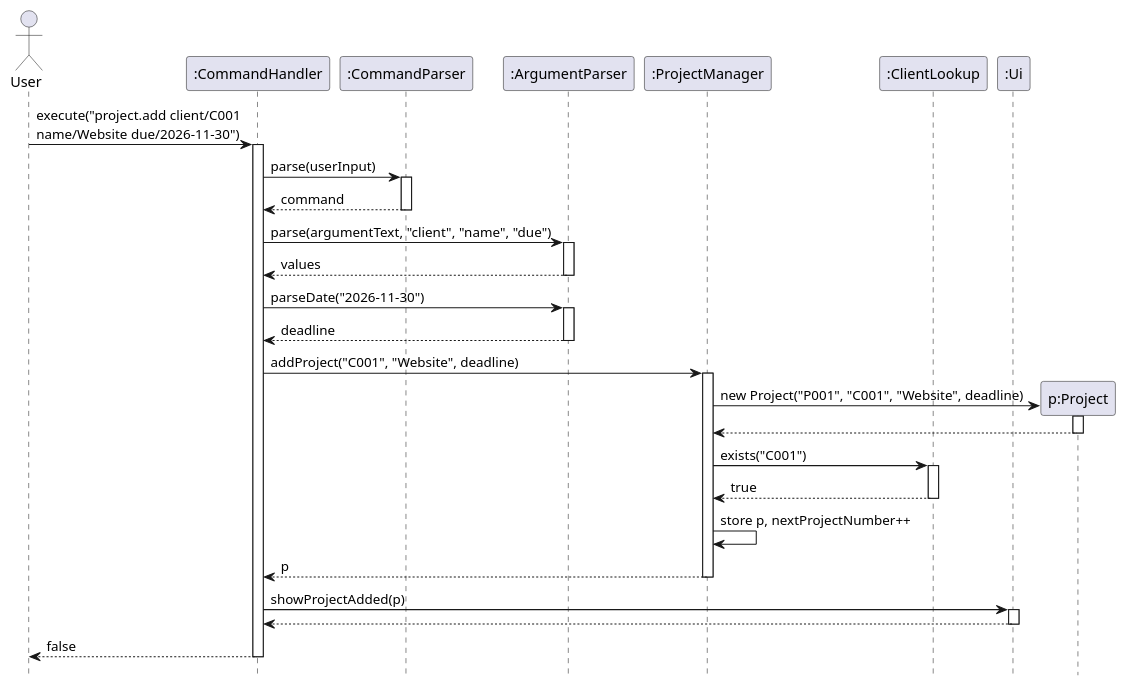
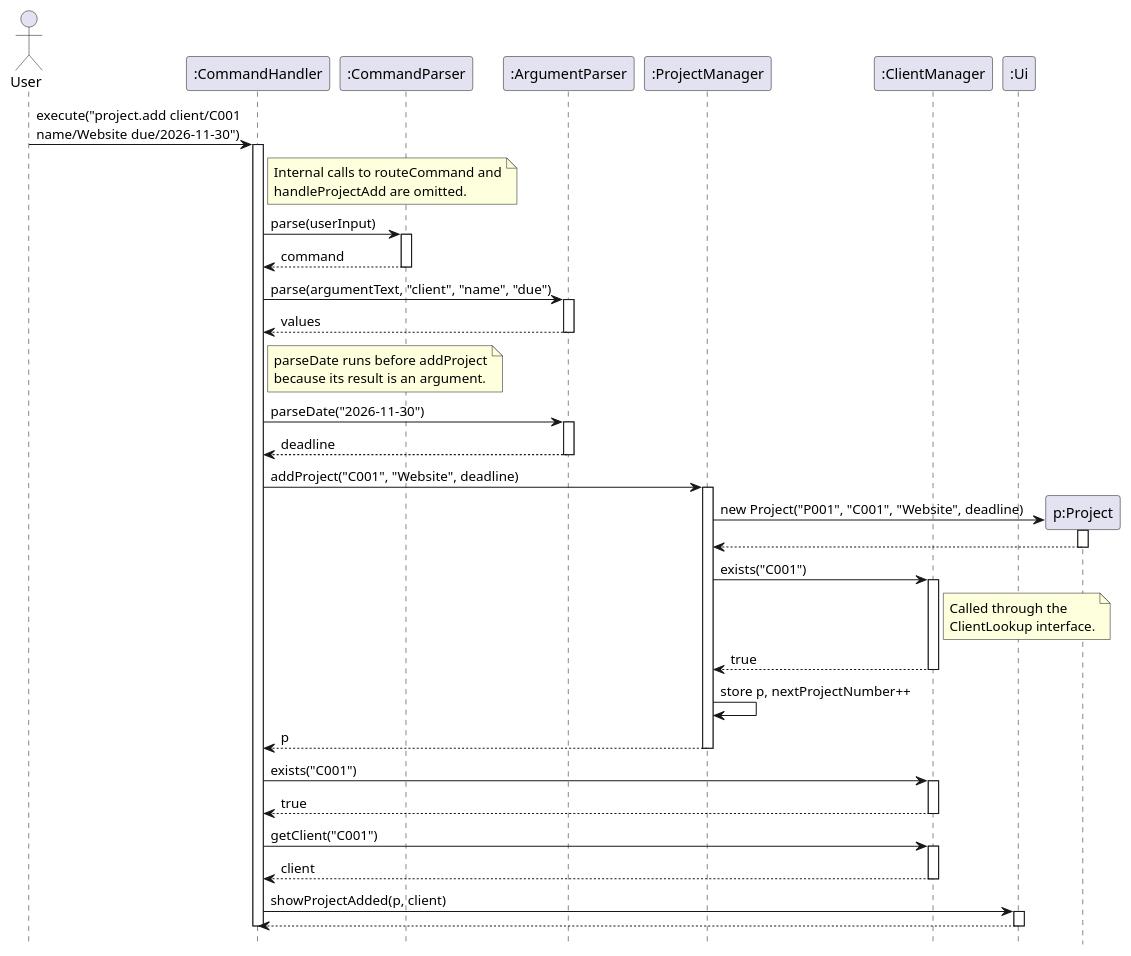
The diagram in docs/diagrams/AddProjectSequenceDiagram.puml (AY2627S1-CS2113-T10-3/tp), drawn with PlantUML before and after one commit. The commit also changed 3 other files, not shown here.

First line of the commit message:
Fix creation diagrams based on DG peer review

```diff
--- a/docs/diagrams/AddProjectSequenceDiagram.puml
+++ b/docs/diagrams/AddProjectSequenceDiagram.puml
@@ -1,56 +1,76 @@
 @startuml
 ' Execution of: project.add client/C001 name/Website due/2026-11-30
 hide footbox
 
 actor User
 participant ":CommandHandler" as CH
 participant ":CommandParser" as CP
 participant ":ArgumentParser" as AP
 participant ":ProjectManager" as PM
-participant ":ClientLookup" as CL
+participant ":ClientManager" as CM
 participant ":Ui" as UI
 
 User -> CH : execute("project.add client/C001\nname/Website due/2026-11-30")
 activate CH
+
+note right of CH
+  Internal calls to routeCommand and
+  handleProjectAdd are omitted.
+end note
 
 CH -> CP : parse(userInput)
 activate CP
 CP --> CH : command
 deactivate CP
 
 CH -> AP : parse(argumentText, "client", "name", "due")
 activate AP
 AP --> CH : values
 deactivate AP
+
+note right of CH
+  parseDate runs before addProject
+  because its result is an argument.
+end note
 
 CH -> AP : parseDate("2026-11-30")
 activate AP
 AP --> CH : deadline
 deactivate AP
 
 CH -> PM : addProject("C001", "Website", deadline)
 activate PM
 
 create "p:Project" as P
 PM -> P : new Project("P001", "C001", "Website", deadline)
 activate P
 P --> PM
 deactivate P
 
-PM -> CL : exists("C001")
-activate CL
-CL --> PM : true
-deactivate CL
+PM -> CM : exists("C001")
+activate CM
+note right of CM : Called through the\nClientLookup interface.
+CM --> PM : true
+deactivate CM
 
 PM -> PM : store p, nextProjectNumber++
 PM --> CH : p
 deactivate PM
 
-CH -> UI : showProjectAdded(p)
+CH -> CM : exists("C001")
+activate CM
+CM --> CH : true
+deactivate CM
+
+CH -> CM : getClient("C001")
+activate CM
+CM --> CH : client
+deactivate CM
+
+CH -> UI : showProjectAdded(p, client)
 activate UI
 UI --> CH
 deactivate UI
 
-CH --> User : false
 deactivate CH
 @enduml
```
